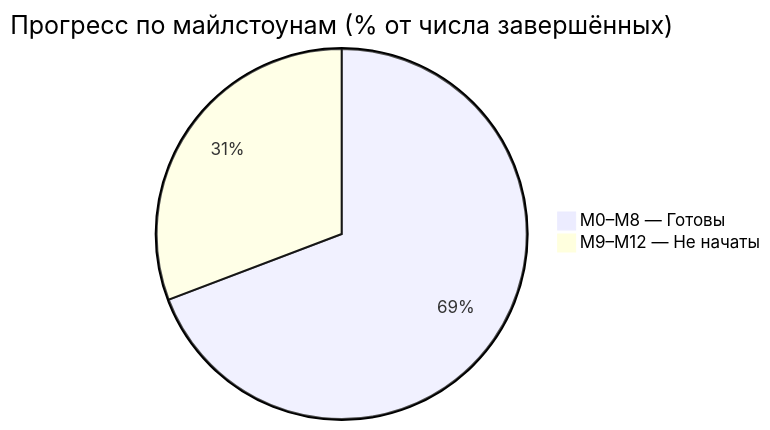
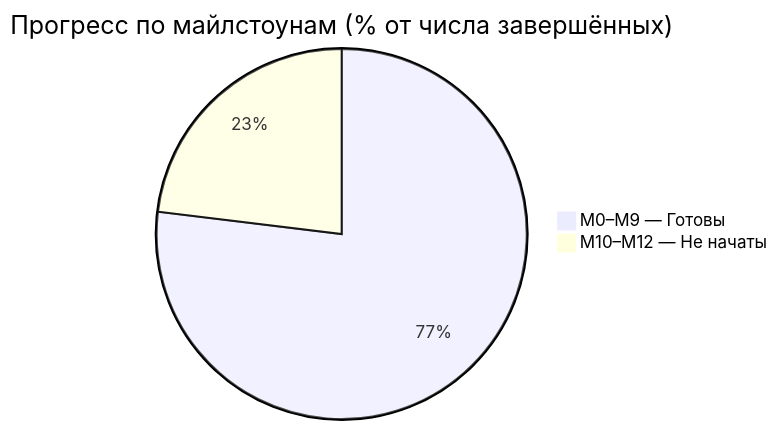
One commit to arcsymer/diplomaGame changed the diagram in Docs-Vault/00 - Dashboard.md. Above: the diagram before and after it, drawn with Mermaid. The commit also changed other lines of this file and 20 other files, not shown here.

````diff
--- a/Docs-Vault/00 - Dashboard.md
+++ b/Docs-Vault/00 - Dashboard.md
@@ -29,5 +29,5 @@
 ```mermaid
 pie title Прогресс по майлстоунам (% от числа завершённых)
-    "M0–M8 — Готовы" : 9
-    "M9–M12 — Не начаты" : 4
+    "M0–M9 — Готовы" : 10
+    "M10–M12 — Не начаты" : 3
 ```
````
